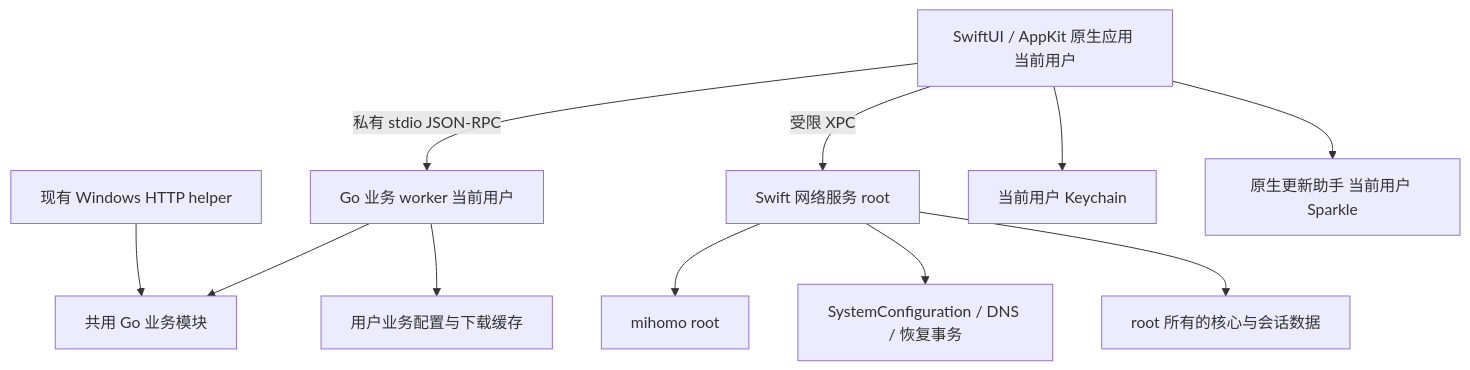
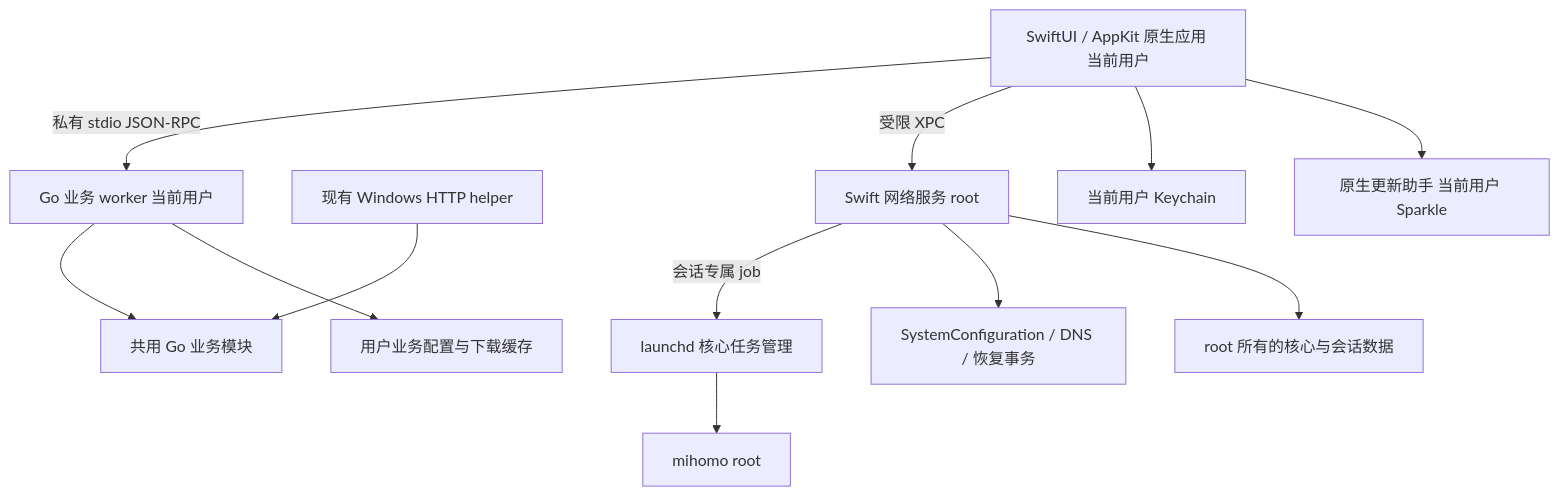
Before and after one commit to study-233/flux6: the diagram in docs/compose/spec/macos-support-plan.md, drawn with Mermaid. The commit also changed other lines of this file and 17 other files, not shown here.

Commit message:
feat(macos): manage core lifecycle with dedicated launchd jobs

````diff
--- a/docs/compose/spec/macos-support-plan.md
+++ b/docs/compose/spec/macos-support-plan.md
@@ -161,13 +161,14 @@
 ```mermaid
 flowchart TD
     App[SwiftUI / AppKit 原生应用 当前用户] -->|私有 stdio JSON-RPC| Worker[Go 业务 worker 当前用户]
     Worker --> Shared[共用 Go 业务模块]
     Win[现有 Windows HTTP helper] --> Shared
     App -->|受限 XPC| Service[Swift 网络服务 root]
-    Service --> Core[mihomo root]
+    Service -->|会话专属 job| Launchd[launchd 核心任务管理]
+    Launchd --> Core[mihomo root]
     Service --> Network[SystemConfiguration / DNS / 恢复事务]
     App --> Keychain[当前用户 Keychain]
     App --> UpdateAgent[原生更新助手 当前用户 Sparkle]
     Worker --> UserData[用户业务配置与下载缓存]
     Service --> RootData[root 所有的核心与会话数据]
 ```
````
